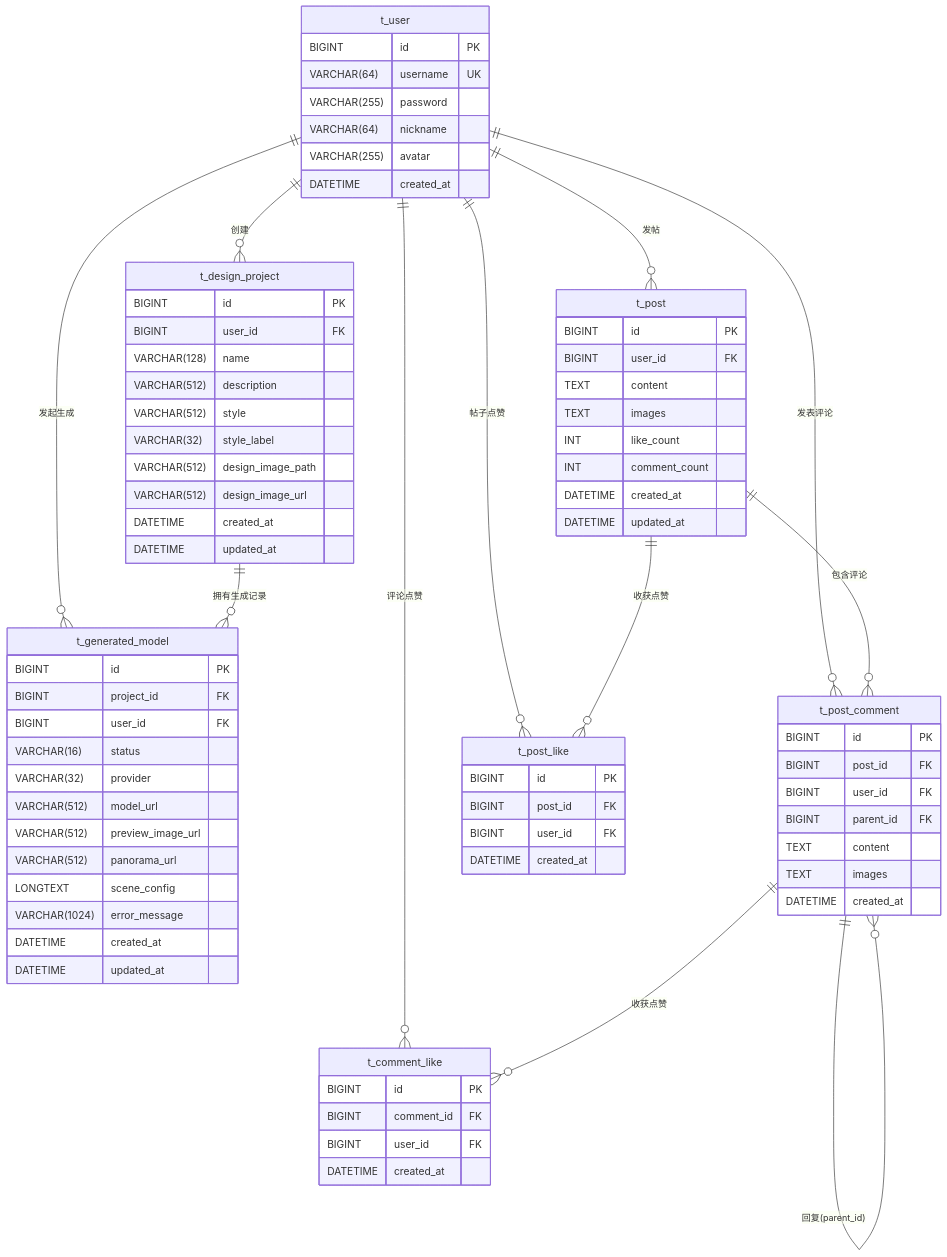
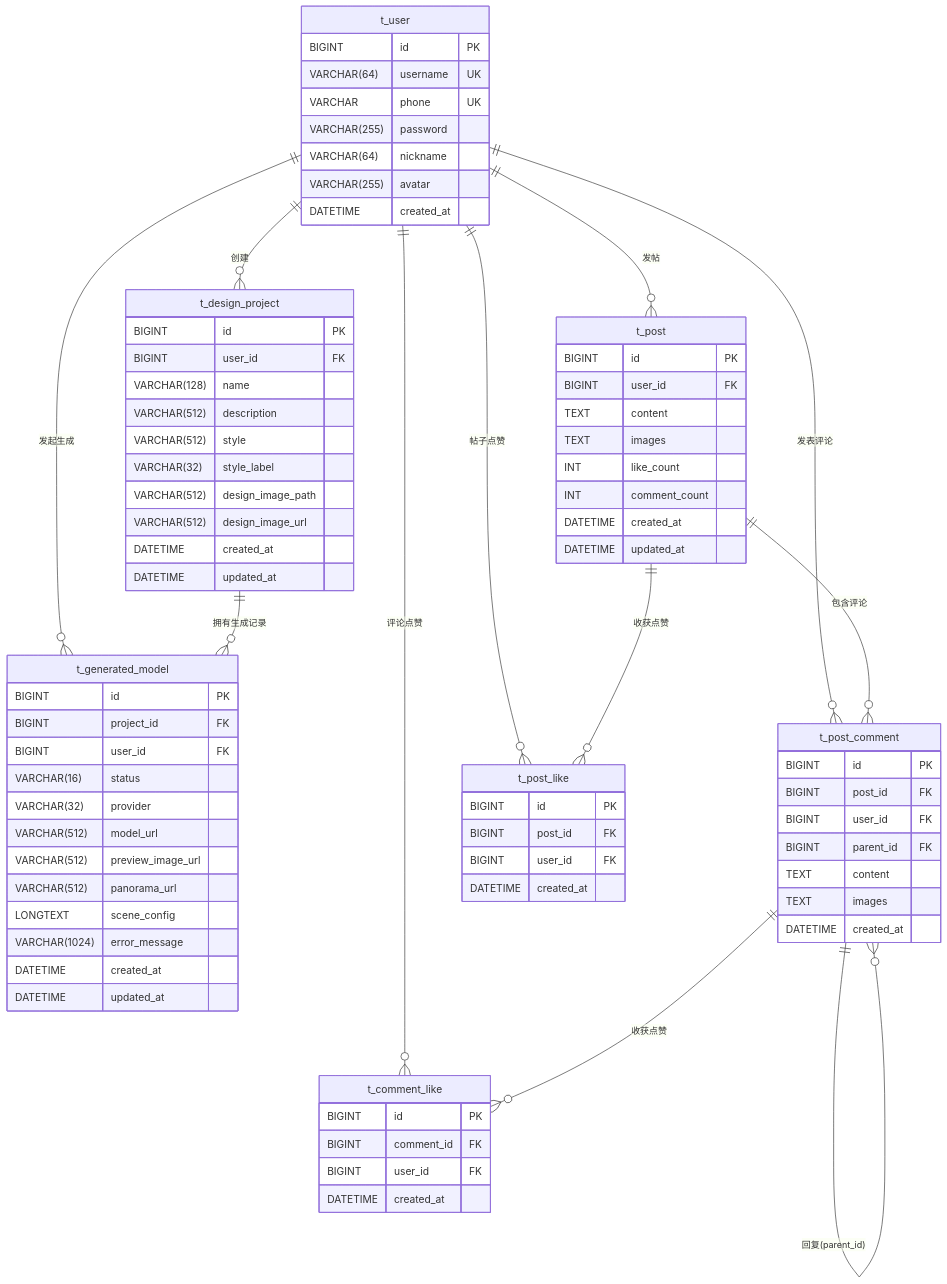
The diagram in docs/数据库设计.md (6myname6/house-design), drawn with Mermaid before and after one commit. The commit also changed other lines of this file and 21 other files, not shown here.

```diff
--- a/docs/数据库设计.md
+++ b/docs/数据库设计.md
@@ -143,6 +153,7 @@
     t_user {
         BIGINT id PK
         VARCHAR(64) username UK
+        VARCHAR phone UK
         VARCHAR(255) password
         VARCHAR(64) nickname
         VARCHAR(255) avatar
```
